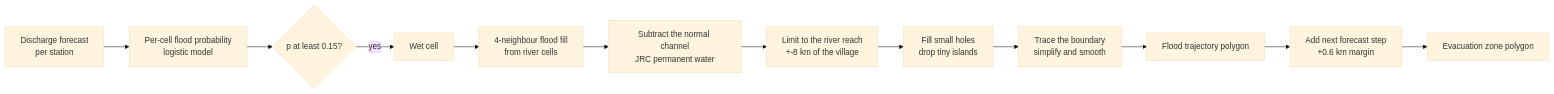
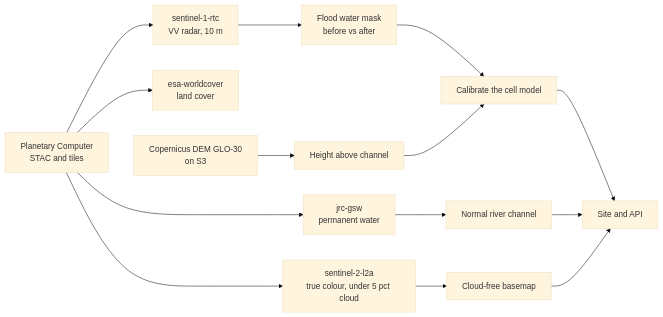
One commit to Piyush5525/JalNetra changed the second of 4 diagrams in README.md. Above: the diagram before and after it, drawn with Mermaid (base theme). The commit also changed other lines of this file and 1 other file, not shown here.

Commit message:
README: Sentinel-1/2 integration, backend, model code, run guide, four flowcharts

````diff
--- a/README.md
+++ b/README.md
@@ -84,14 +85,16 @@
 ```mermaid
 flowchart LR
-  Q[Discharge forecast<br/>per station] --> P[Per-cell flood probability<br/>logistic model]
-  P --> T{p at least 0.15?}
-  T -- yes --> W[Wet cell]
-  W --> CN[4-neighbour flood fill<br/>from river cells]
-  CN --> X[Subtract the normal channel<br/>JRC permanent water]
-  X --> R[Limit to the river reach<br/>+-8 km of the village]
-  R --> H1[Fill small holes<br/>drop tiny islands]
-  H1 --> TR[Trace the boundary<br/>simplify and smooth]
-  TR --> FP[Flood trajectory polygon]
-  FP --> EZ[Add next forecast step<br/>+0.6 km margin]
-  EZ --> EP[Evacuation zone polygon]
+  PC[Planetary Computer<br/>STAC and tiles] --> S1[sentinel-1-rtc<br/>VV radar, 10 m]
+  PC --> S2[sentinel-2-l2a<br/>true colour, under 5 pct cloud]
+  PC --> GSW[jrc-gsw<br/>permanent water]
+  PC --> WC[esa-worldcover<br/>land cover]
+  CD[Copernicus DEM GLO-30<br/>on S3] --> HAND[Height above channel]
+  S1 --> FL[Flood water mask<br/>before vs after]
+  FL --> CAL[Calibrate the cell model]
+  GSW --> NR[Normal river channel]
+  HAND --> CAL
+  S2 --> BG[Cloud-free basemap]
+  CAL --> APP[Site and API]
+  NR --> APP
+  BG --> APP
 ```
````
